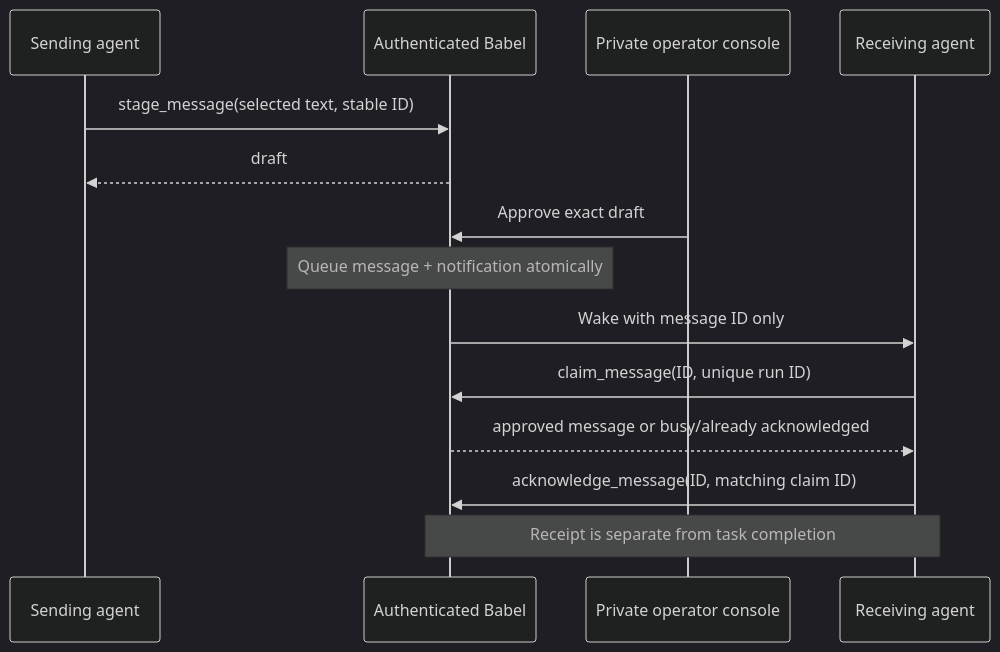
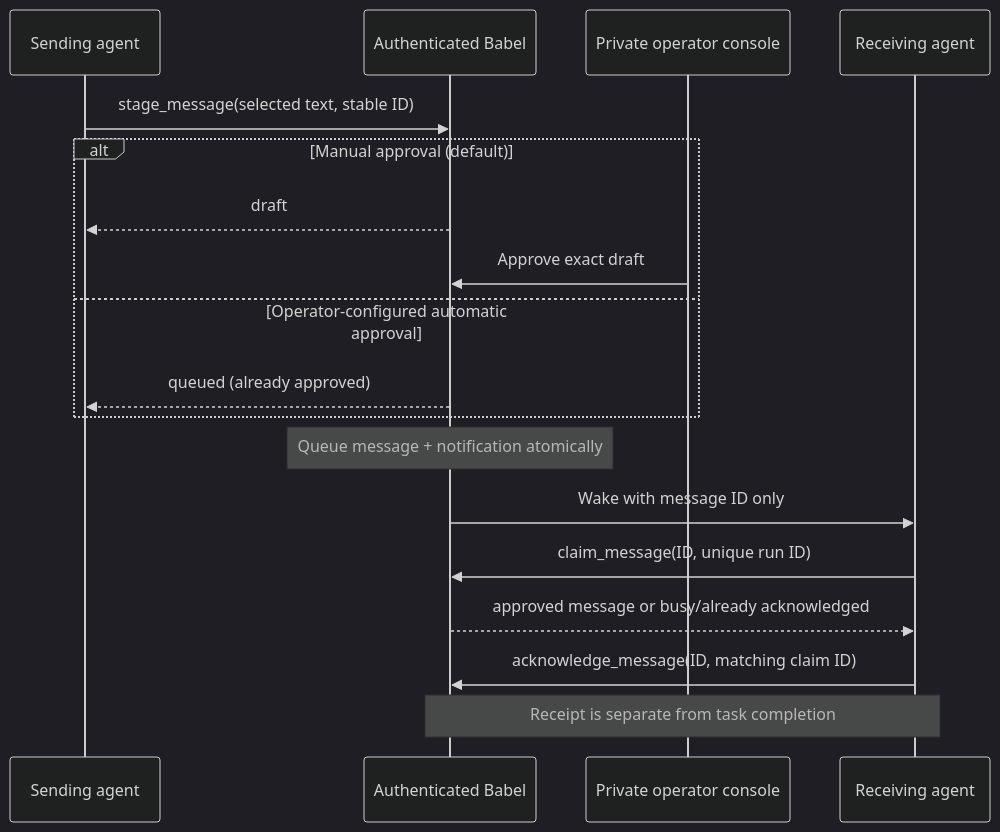
Before and after one commit to difflabai/agent-babel: the diagram in README.md, drawn with Mermaid (dark theme). The commit also changed other lines of this file and 9 other files, not shown here.

Commit message:
Add operator-controlled automatic approval for participant messages (#6)

````diff
--- a/README.md
+++ b/README.md
@@ -20,16 +20,20 @@
 ```mermaid
 sequenceDiagram
     participant Sender as Sending agent
     participant Babel as Authenticated Babel
     participant Human as Private operator console
     participant Receiver as Receiving agent
     Sender->>Babel: stage_message(selected text, stable ID)
-    Babel-->>Sender: draft
-    Human->>Babel: Approve exact draft
+    alt Manual approval (default)
+        Babel-->>Sender: draft
+        Human->>Babel: Approve exact draft
+    else Operator-configured automatic approval
+        Babel-->>Sender: queued (already approved)
+    end
     Note over Babel: Queue message + notification atomically
     Babel->>Receiver: Wake with message ID only
     Receiver->>Babel: claim_message(ID, unique run ID)
     Babel-->>Receiver: approved message or busy/already acknowledged
     Receiver->>Babel: acknowledge_message(ID, matching claim ID)
     Note over Receiver,Babel: Receipt is separate from task completion
 ```
````
